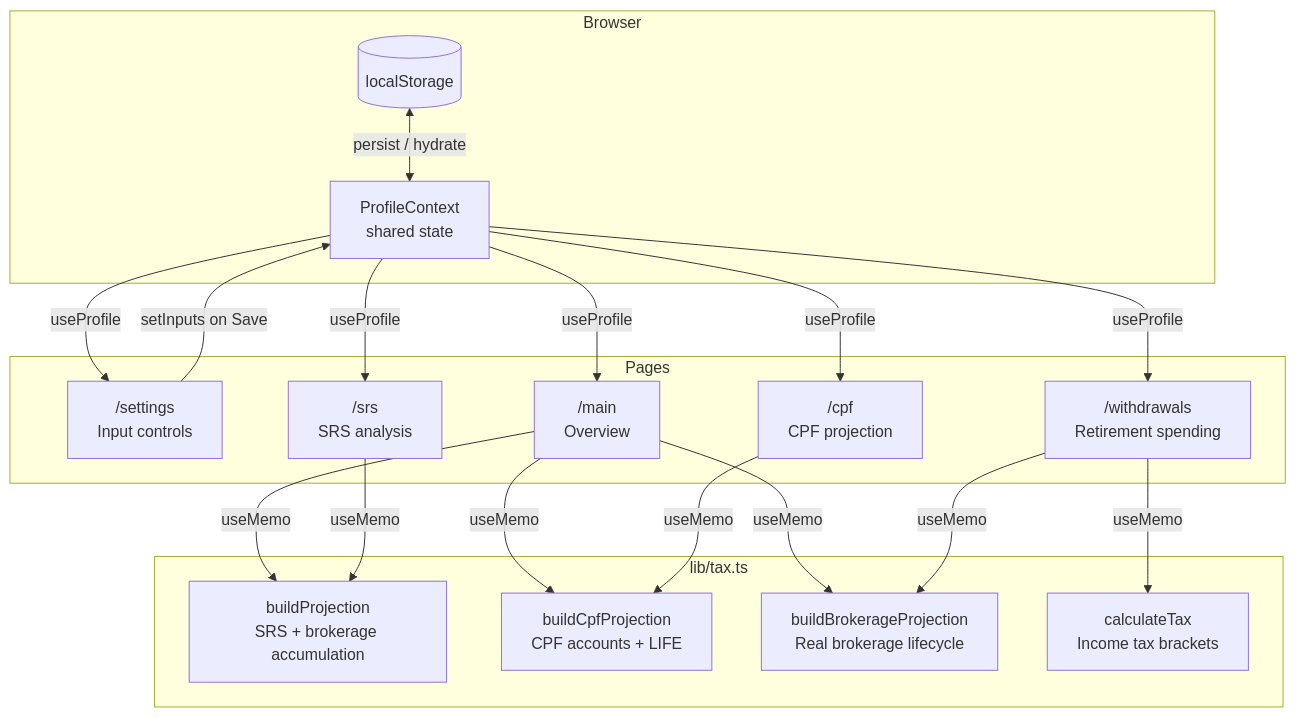
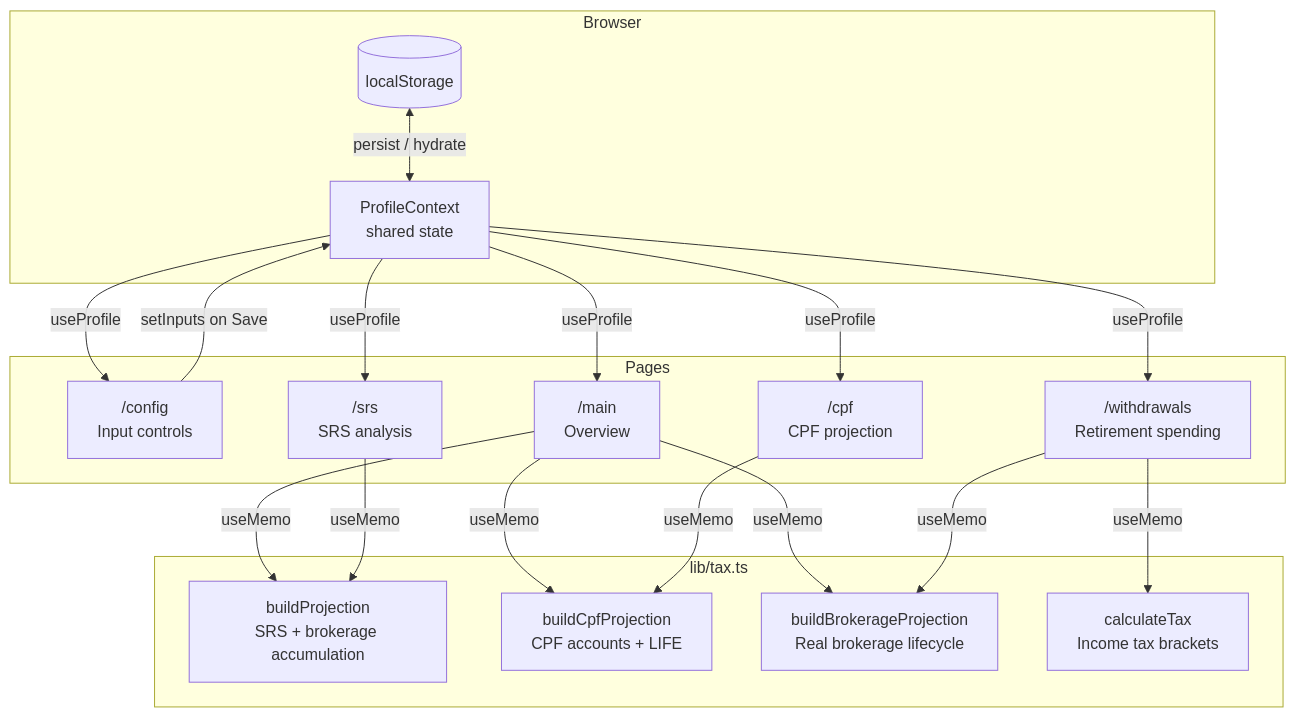
The diagram in README.md (GeneralR3d/retirement_dashboard), drawn with Mermaid before and after one commit. The commit also changed other lines of this file and 5 other files, not shown here.

Commit message:
changed name from settings to config and re-orderd nav bar

````diff
--- a/README.md
+++ b/README.md
@@ -40,35 +40,35 @@
 ```mermaid
 flowchart TB
     subgraph Browser
         LS[(localStorage)]
         PC[ProfileContext\nshared state]
         LS <-->|persist / hydrate| PC
     end
 
     subgraph Pages
-        SET["/settings\nInput controls"]
+        SET["/config\nInput controls"]
         MAIN["/main\nOverview"]
         SRS["/srs\nSRS analysis"]
         CPF["/cpf\nCPF projection"]
         WD["/withdrawals\nRetirement spending"]
     end
 
     subgraph lib/tax.ts
         BP[buildProjection\nSRS + brokerage accumulation]
         BC[buildCpfProjection\nCPF accounts + LIFE]
         BB[buildBrokerageProjection\nReal brokerage lifecycle]
         TAX[calculateTax\nIncome tax brackets]
     end
 
     PC -->|useProfile| SET
     PC -->|useProfile| MAIN
     PC -->|useProfile| SRS
     PC -->|useProfile| CPF
     PC -->|useProfile| WD
 
     SET -->|setInputs on Save| PC
     MAIN -->|useMemo| BP & BC & BB
     SRS -->|useMemo| BP
     CPF -->|useMemo| BC
     WD -->|useMemo| BB & TAX
 ```
````
